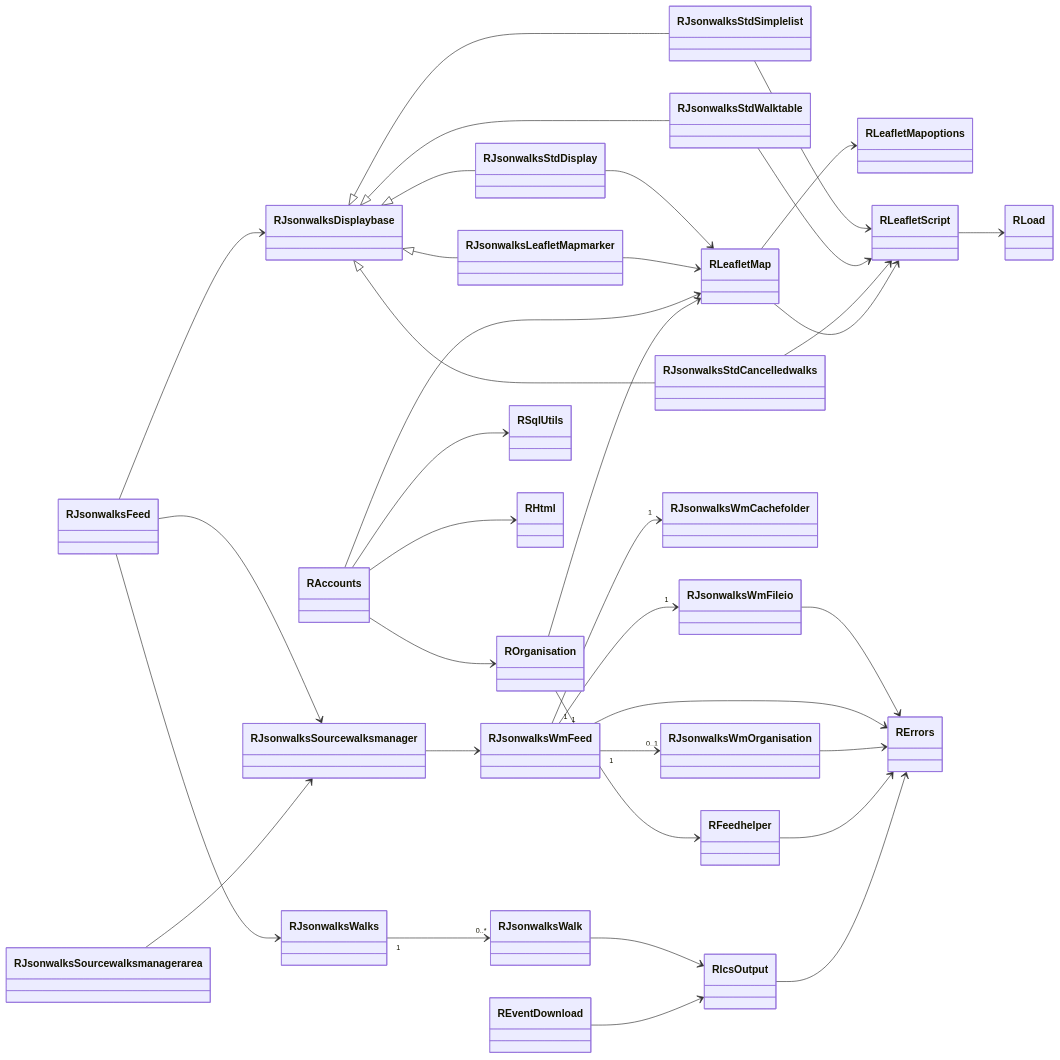
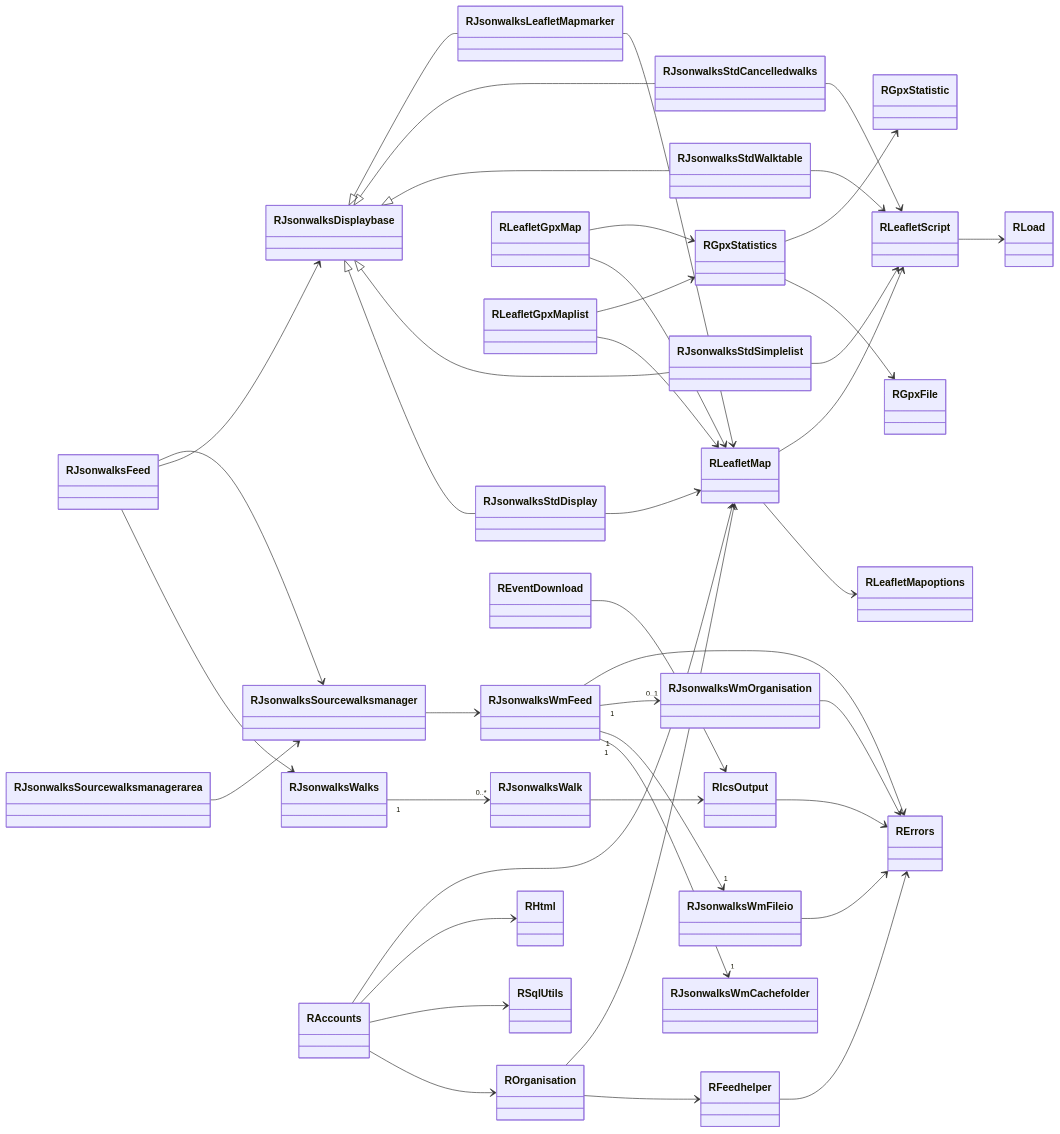
Before and after one commit to pauljrhodes/ramblers-library: diagram 12 of 15 in architecture.md, drawn with Mermaid. The commit also changed other lines of this file and 32 other files, not shown here.

````diff
--- a/architecture.md
+++ b/architecture.md
@@ -717,6 +756,9 @@
 class RLeafletMapoptions
 class RLeafletScript
 class RLoad
+class RLeafletGpxMap
+class RLeafletGpxMaplist
+class RGpxStatistics
 
 class RJsonwalksSourcewalksmanager
 class RJsonwalksSourcewalksmanagerarea
@@ -749,6 +791,9 @@
 RJsonwalksStdWalktable --> RLeafletScript
 RJsonwalksStdCancelledwalks --> RLeafletScript
 RJsonwalksLeafletMapmarker --> RLeafletMap
+RLeafletGpxMap --> RLeafletMap
+RLeafletGpxMaplist --> RLeafletMap
+RLeafletGpxMaplist --> RGpxStatistics
 
 RLeafletMap --> RLeafletMapoptions
 RLeafletMap --> RLeafletScript
@@ -777,4 +822,7 @@
 RJsonwalksWalk --> RIcsOutput
 REventDownload --> RIcsOutput
 RIcsOutput --> RErrors
+RGpxStatistics --> RGpxFile
+RGpxStatistics --> RGpxStatistic
+RLeafletGpxMap --> RGpxStatistics
 ```
````
